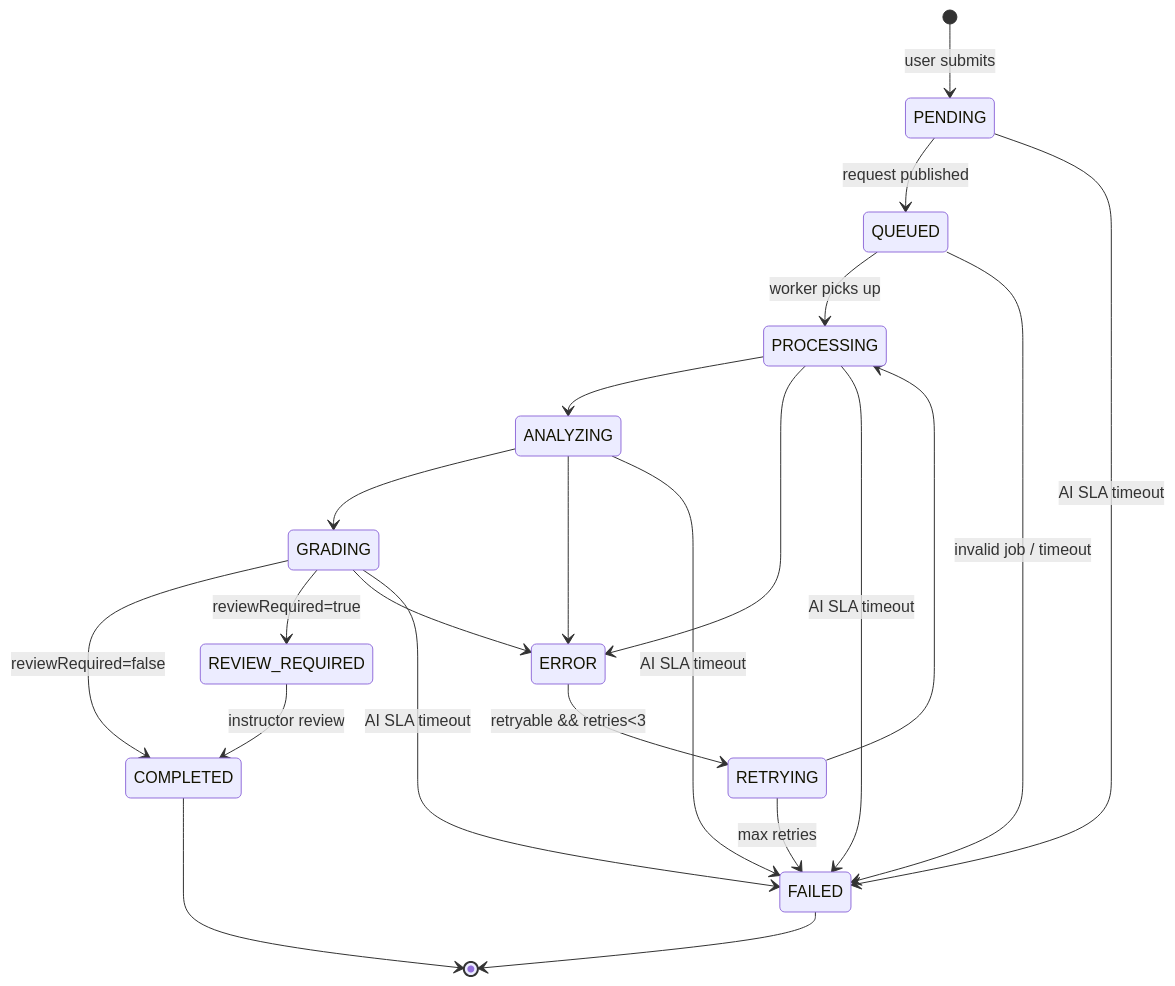
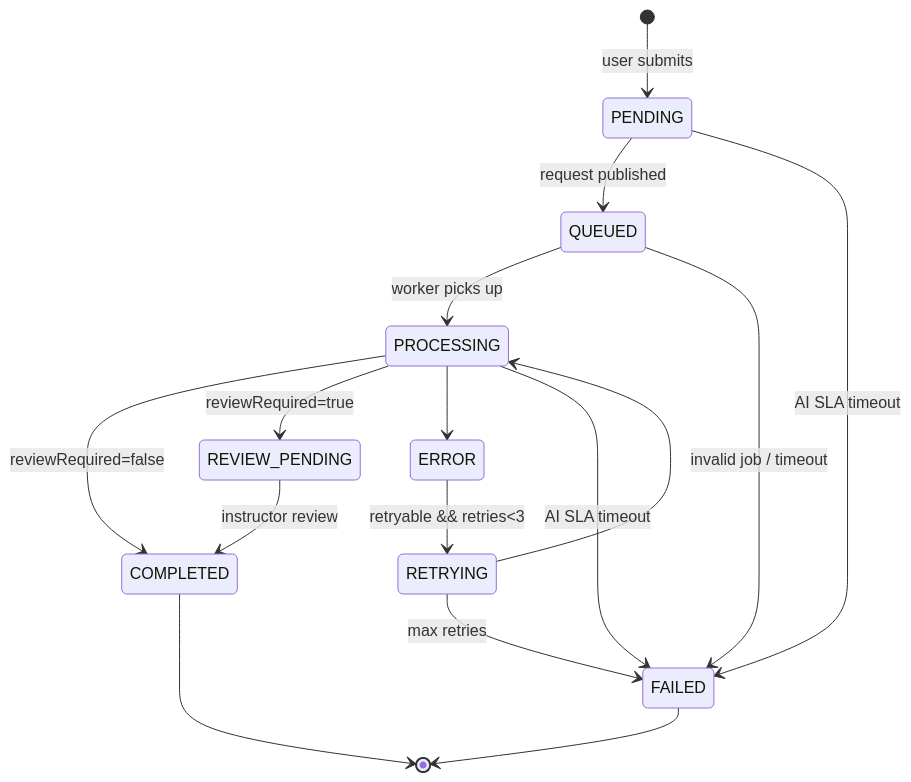
One commit to nghyane/VSTEP changed the diagram in docs/capstone/specs/20-domain/submission-lifecycle.md. Above: the diagram before and after it, drawn with Mermaid. The commit also changed other lines of this file and 12 other files, not shown here.

````diff
--- a/docs/capstone/specs/20-domain/submission-lifecycle.md
+++ b/docs/capstone/specs/20-domain/submission-lifecycle.md
@@ -13,26 +13,20 @@
 ```mermaid
 stateDiagram-v2
   [*] --> PENDING: user submits
   PENDING --> QUEUED: request published
   QUEUED --> PROCESSING: worker picks up
-  PROCESSING --> ANALYZING
-  ANALYZING --> GRADING
-  GRADING --> COMPLETED: reviewRequired=false
-  GRADING --> REVIEW_REQUIRED: reviewRequired=true
-  REVIEW_REQUIRED --> COMPLETED: instructor review
+  PROCESSING --> COMPLETED: reviewRequired=false
+  PROCESSING --> REVIEW_PENDING: reviewRequired=true
+  REVIEW_PENDING --> COMPLETED: instructor review
 
   PROCESSING --> ERROR
-  ANALYZING --> ERROR
-  GRADING --> ERROR
   ERROR --> RETRYING: retryable && retries<3
   RETRYING --> PROCESSING
 
   PENDING --> FAILED: AI SLA timeout
   QUEUED --> FAILED: invalid job / timeout
   PROCESSING --> FAILED: AI SLA timeout
-  ANALYZING --> FAILED: AI SLA timeout
-  GRADING --> FAILED: AI SLA timeout
   RETRYING --> FAILED: max retries
   COMPLETED --> [*]
   FAILED --> [*]
 ```
````
